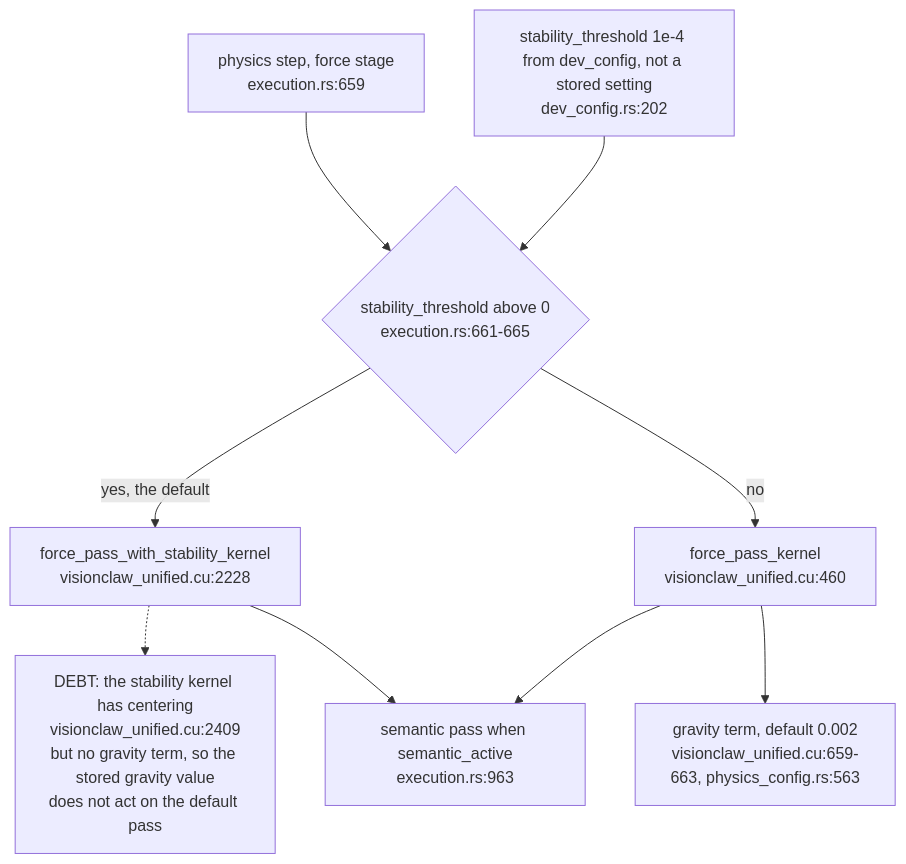
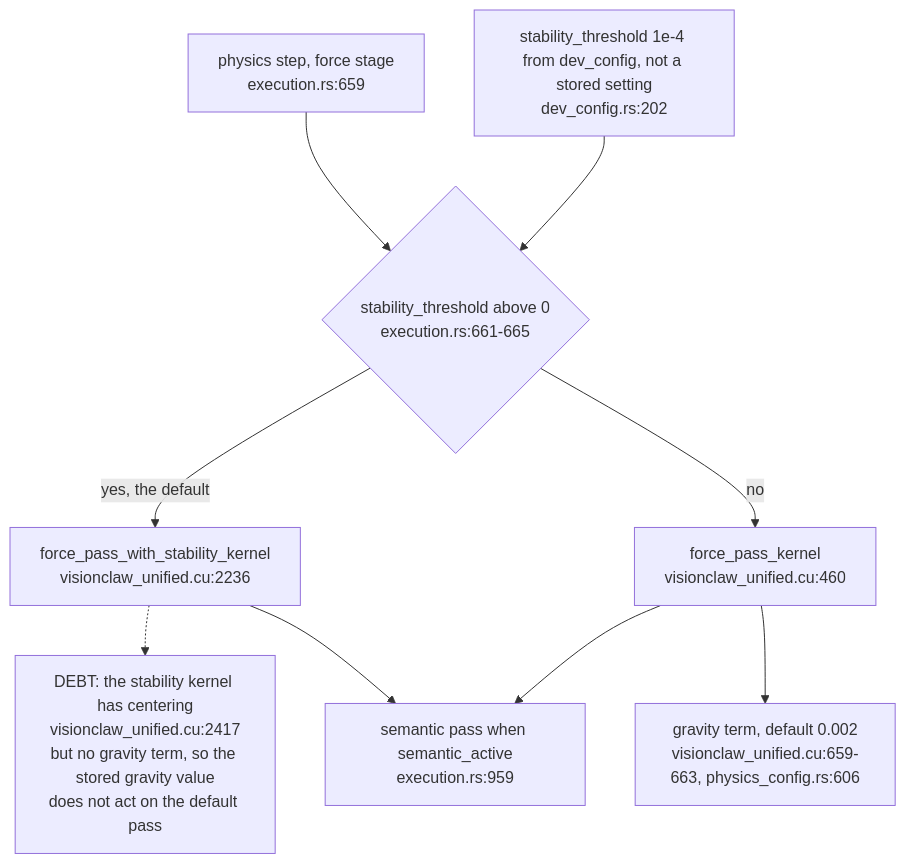
The first of 5 diagrams in docs/diagrams/visionclaw/59-force-terms-and-where-configured.md (DreamLab-AI/VisionFlow), drawn with Mermaid before and after one commit. The commit also changed other lines of this file and 3 other files, not shown here.

First line of the commit message:
docs(diagrams): roll VC-58..61 to visionclaw main 010e1109b (PR 37 and 38 merged)

````diff
--- a/docs/diagrams/visionclaw/59-force-terms-and-where-configured.md
+++ b/docs/diagrams/visionclaw/59-force-terms-and-where-configured.md
@@ -37,11 +39,11 @@
 ```mermaid
 flowchart TB
     STEP["physics step, force stage<br/>execution.rs:659"] --> PICK{"stability_threshold above 0<br/>execution.rs:661-665"}
     DEF["stability_threshold 1e-4 from dev_config, not a stored setting<br/>dev_config.rs:202"] --> PICK
-    PICK -->|"yes, the default"| STAB["force_pass_with_stability_kernel<br/>visionclaw_unified.cu:2228"]
+    PICK -->|"yes, the default"| STAB["force_pass_with_stability_kernel<br/>visionclaw_unified.cu:2236"]
     PICK -->|"no"| PLAIN["force_pass_kernel<br/>visionclaw_unified.cu:460"]
-    PLAIN --> GRAV["gravity term, default 0.002<br/>visionclaw_unified.cu:659-663, physics_config.rs:563"]
-    STAB -.-> NOGRAV["DEBT: the stability kernel has centering<br/>visionclaw_unified.cu:2409<br/>but no gravity term, so the stored gravity value<br/>does not act on the default pass"]
-    STAB --> SEMP["semantic pass when semantic_active<br/>execution.rs:963"]
+    PLAIN --> GRAV["gravity term, default 0.002<br/>visionclaw_unified.cu:659-663, physics_config.rs:606"]
+    STAB -.-> NOGRAV["DEBT: the stability kernel has centering<br/>visionclaw_unified.cu:2417<br/>but no gravity term, so the stored gravity value<br/>does not act on the default pass"]
+    STAB --> SEMP["semantic pass when semantic_active<br/>execution.rs:959"]
     PLAIN --> SEMP
 ```
````
